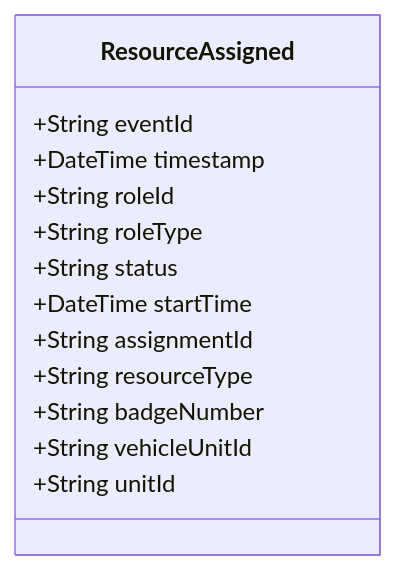
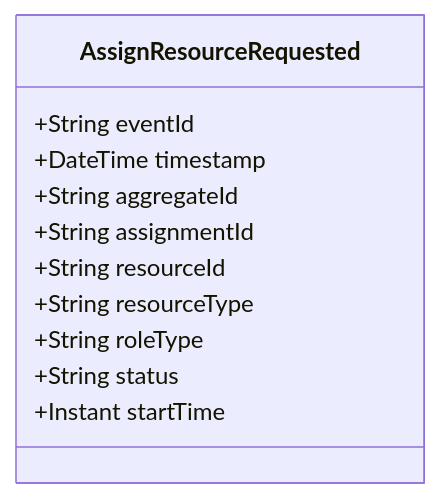
The diagram in doc/events/ResourceAssigned.md (pgraff/police-system), drawn with Mermaid before and after one commit. The commit also changed other lines of this file and 58 other files, not shown here.

````diff
--- a/doc/events/ResourceAssigned.md
+++ b/doc/events/ResourceAssigned.md
@@ -9,16 +9,14 @@
 ```mermaid
 classDiagram
-    class ResourceAssigned {
+    class AssignResourceRequested {
         +String eventId
         +DateTime timestamp
-        +String roleId
+        +String aggregateId
+        +String assignmentId
+        +String resourceId
+        +String resourceType
         +String roleType
         +String status
-        +DateTime startTime
-        +String assignmentId
-        +String resourceType
-        +String badgeNumber
-        +String vehicleUnitId
-        +String unitId
+        +Instant startTime
     }
 ```
````
